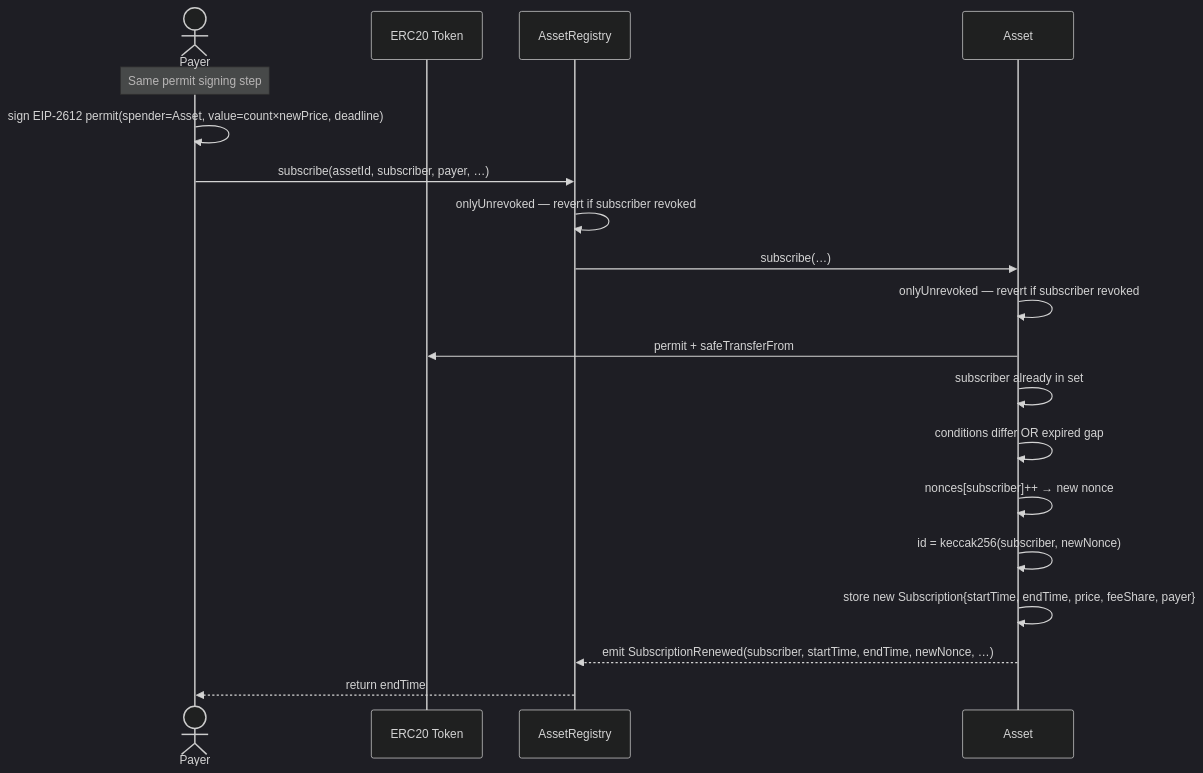
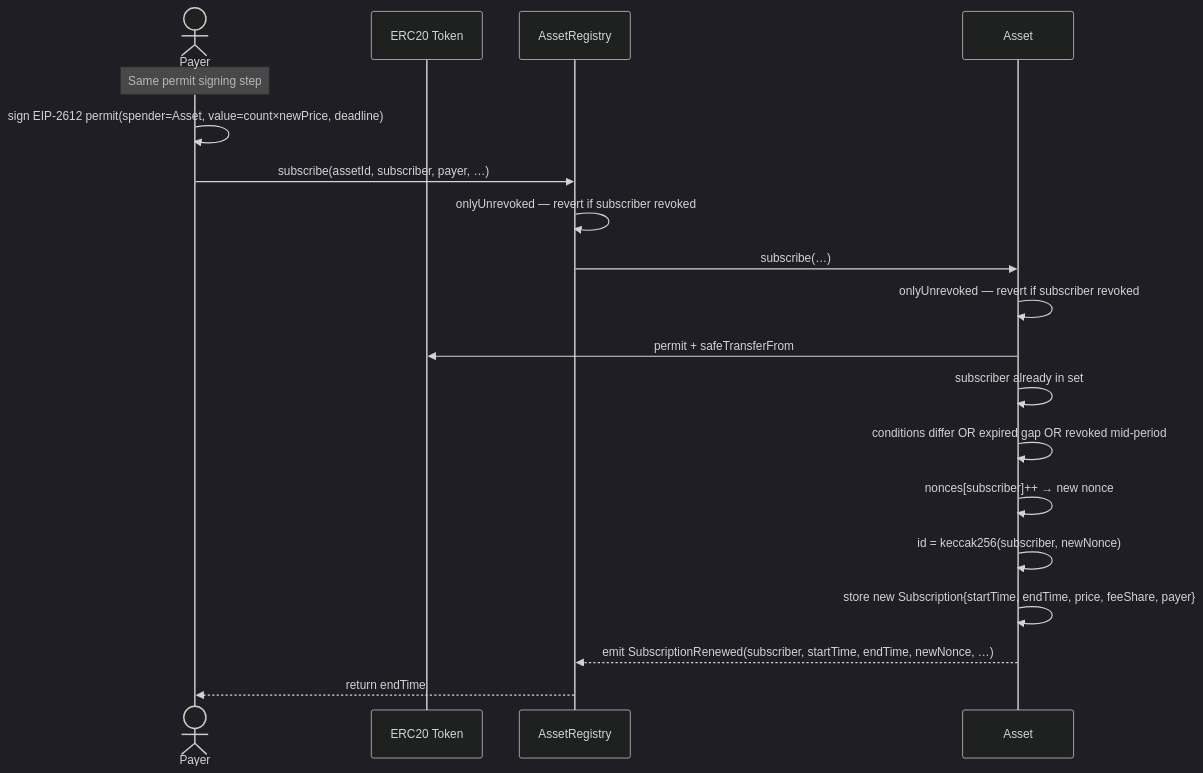
Before and after one commit to klanggames/open-creator-rails: the fourth of 11 diagrams in docs/execution-flows.md, drawn with Mermaid (dark theme). The commit also changed other lines of this file and 1 other file, not shown here.

Commit message:
test, docs: address review nits on PR #2
- Assert the asset holds exactly the other subscriber's prepayment after
  all creator and registry claims in the revocation dust tests
- Extend flow diagram: currentEndTime >= now, matching the code
- Renew flow diagram: list the revoked mid-period case

````diff
--- a/docs/execution-flows.md
+++ b/docs/execution-flows.md
@@ -168,24 +168,24 @@
 ```mermaid
 sequenceDiagram
     actor P as Payer
     participant ERC20 as ERC20 Token
     participant AR as AssetRegistry
     participant A as Asset
 
     Note over P: Same permit signing step
     P->>P: sign EIP-2612 permit(spender=Asset, value=count×newPrice, deadline)
 
     P->>AR: subscribe(assetId, subscriber, payer, …)
     AR->>AR: onlyUnrevoked — revert if subscriber revoked
     AR->>A: subscribe(…)
     A->>A: onlyUnrevoked — revert if subscriber revoked
     A->>ERC20: permit + safeTransferFrom
 
     A->>A: subscriber already in set
-    A->>A: conditions differ OR expired gap
+    A->>A: conditions differ OR expired gap OR revoked mid-period
     A->>A: nonces[subscriber]++ → new nonce
     A->>A: id = keccak256(subscriber, newNonce)
     A->>A: store new Subscription{startTime, endTime, price, feeShare, payer}
     A-->>AR: emit SubscriptionRenewed(subscriber, startTime, endTime, newNonce, …)
     AR-->>P: return endTime
 ```
````
